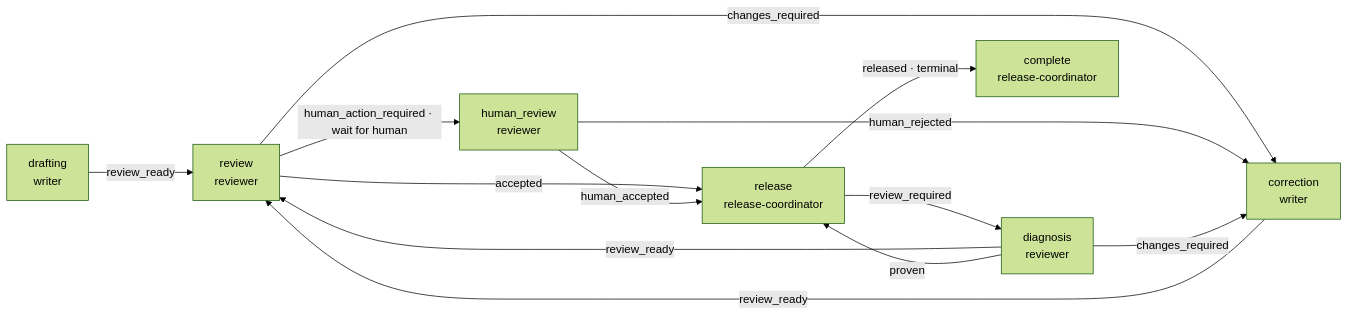
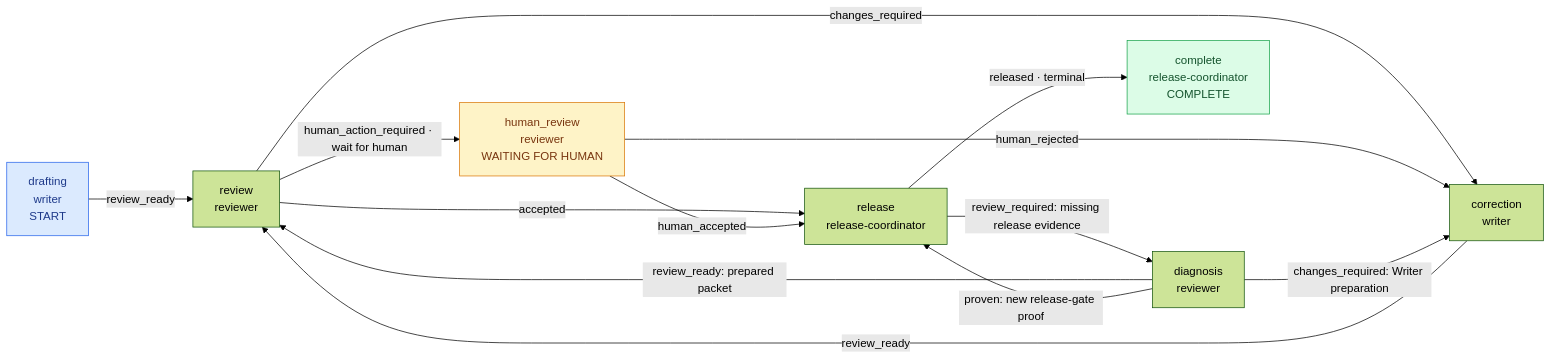
One commit to starodubtsevconsulting/ai-fleas changed the diagram in ai-workflows/writing/writing.workflow-map.mmd. Above: the diagram before and after it, drawn with Mermaid (forest theme). The commit also changed 4 other files, not shown here.

```diff
--- a/ai-workflows/writing/writing.workflow-map.mmd
+++ b/ai-workflows/writing/writing.workflow-map.mmd
@@ -1,20 +1,26 @@
 flowchart LR
-    drafting["drafting<br/>writer"]
+    drafting["drafting<br/>writer<br/>START"]
     review["review<br/>reviewer"]
-    human_review["human_review<br/>reviewer"]
+    human_review["human_review<br/>reviewer<br/>WAITING FOR HUMAN"]
     correction["correction<br/>writer"]
     release["release<br/>release-coordinator"]
     diagnosis["diagnosis<br/>reviewer"]
-    complete["complete<br/>release-coordinator"]
+    complete["complete<br/>release-coordinator<br/>COMPLETE"]
     drafting -->|review_ready| review
     review -->|accepted| release
     review -->|changes_required| correction
     review -->|human_action_required · wait for human| human_review
     human_review -->|human_accepted| release
     human_review -->|human_rejected| correction
     correction -->|review_ready| review
     release -->|released · terminal| complete
-    release -->|review_required| diagnosis
-    diagnosis -->|review_ready| review
-    diagnosis -->|changes_required| correction
-    diagnosis -->|proven| release
+    release -->|review_required: missing release evidence| diagnosis
+    diagnosis -->|review_ready: prepared packet| review
+    diagnosis -->|changes_required: Writer preparation| correction
+    diagnosis -->|proven: new release-gate proof| release
+    classDef start fill:#dbeafe,stroke:#2563eb,color:#1e3a8a
+    classDef waiting fill:#fef3c7,stroke:#d97706,color:#78350f
+    classDef done fill:#dcfce7,stroke:#16a34a,color:#14532d
+    class drafting start
+    class human_review waiting
+    class complete done
```
